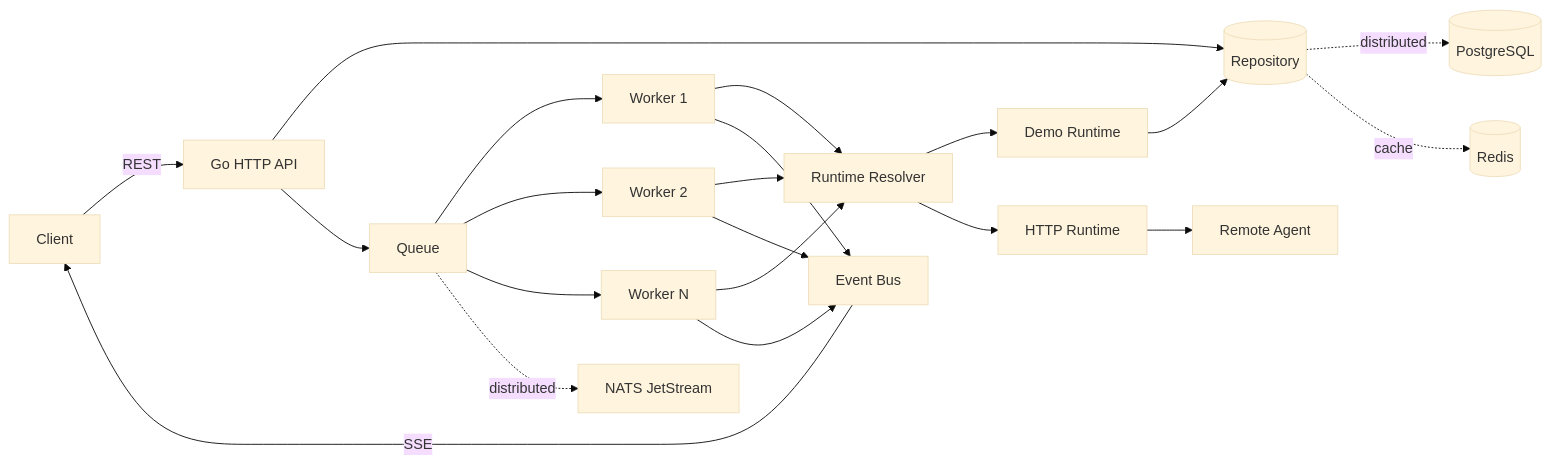
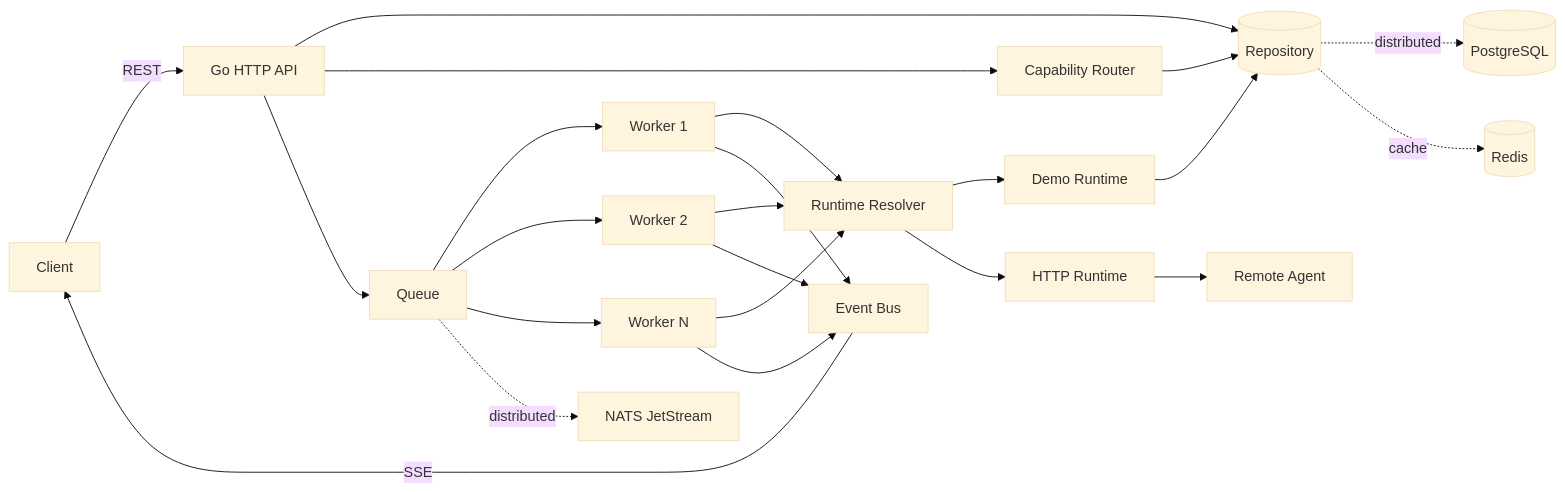
One commit to thiagomontozo/agentmesh changed the diagram in README.md. Above: the diagram before and after it, drawn with Mermaid (base theme). The commit also changed other lines of this file and 14 other files, not shown here.

````diff
--- a/README.md
+++ b/README.md
@@ -24,23 +24,25 @@
 ```mermaid
 flowchart LR
     C[Client] -->|REST| API[Go HTTP API]
     API --> S[(Repository)]
+    API --> AR[Capability Router]
+    AR --> S
     API --> Q[Queue]
     Q --> W1[Worker 1]
     Q --> W2[Worker 2]
     Q --> WN[Worker N]
     W1 --> RR[Runtime Resolver]
     W2 --> RR
     WN --> RR
     RR --> D[Demo Runtime]
     RR --> H[HTTP Runtime]
     H --> A[Remote Agent]
     D --> S
     W1 --> B[Event Bus]
     W2 --> B
     WN --> B
     B -->|SSE| C
     S -. distributed .-> PG[(PostgreSQL)]
     S -. cache .-> R[(Redis)]
     Q -. distributed .-> N[NATS JetStream]
 ```
````
